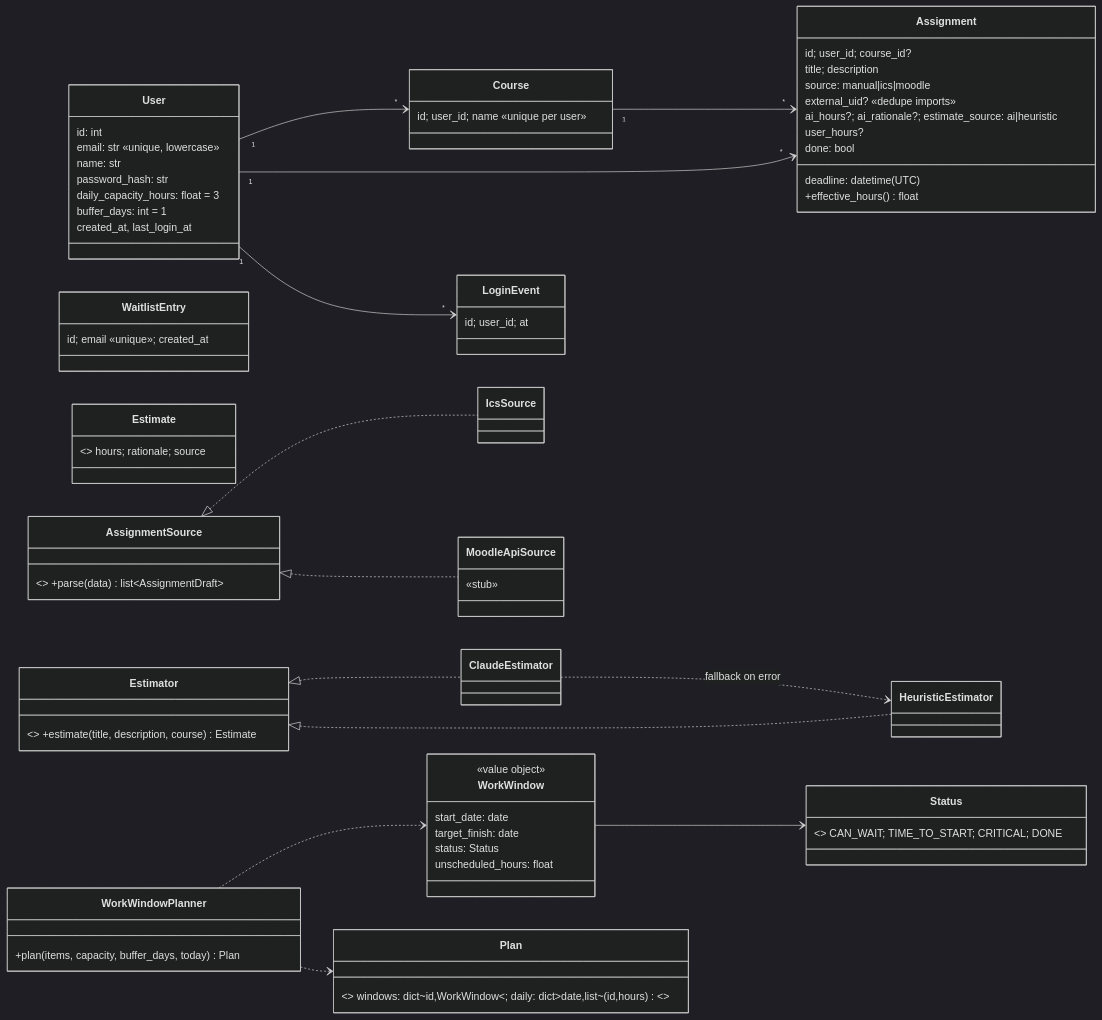
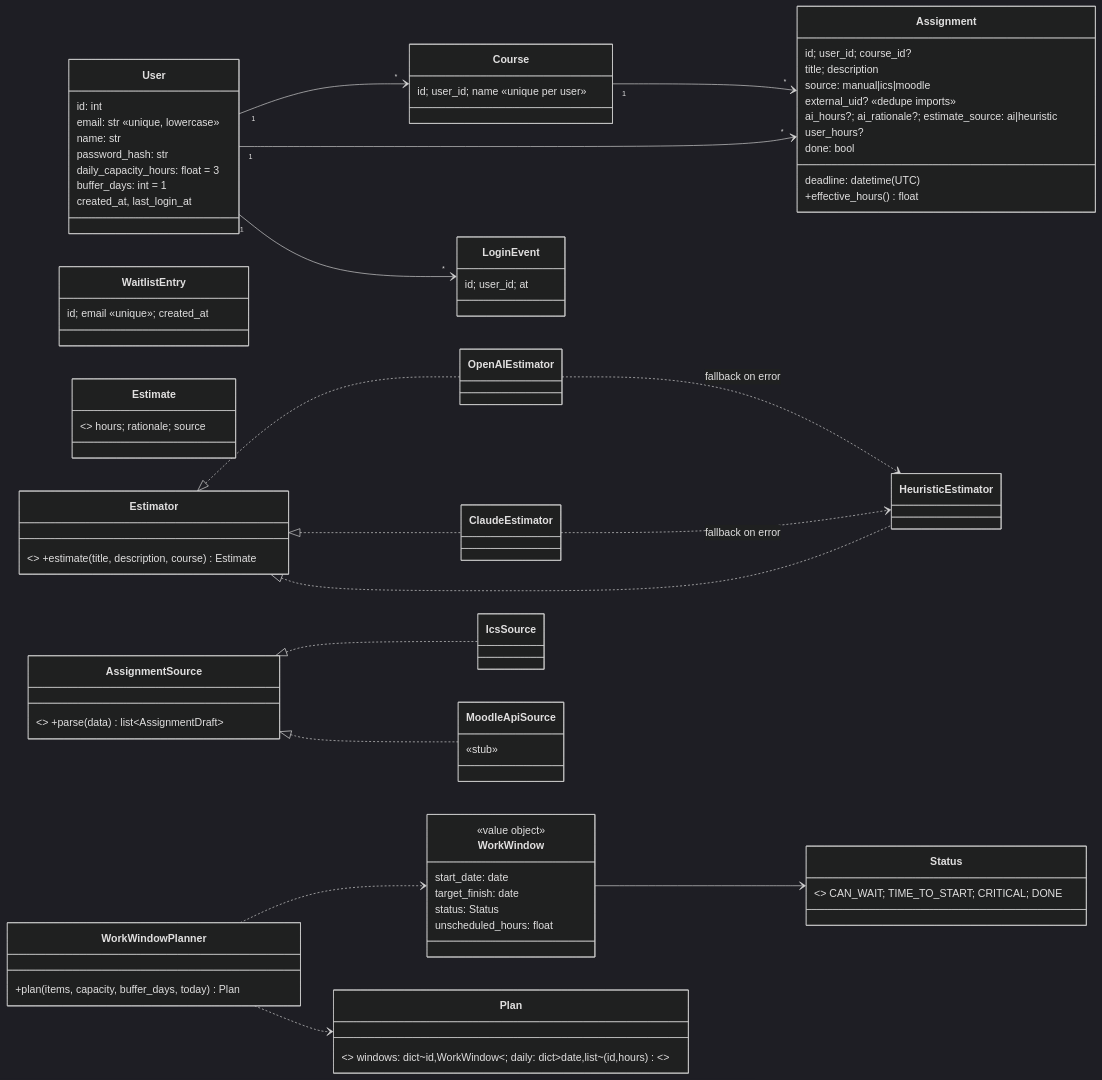
Before and after one commit to mr-amigo/AliveLine: the diagram in docs/PLAN.md, drawn with Mermaid (dark theme). The commit also changed other lines of this file and 4 other files, not shown here.

Commit message:
docs: complete phase 5 (OpenAI estimator live, Bedrock pending)

````diff
--- a/docs/PLAN.md
+++ b/docs/PLAN.md
@@ -35,59 +35,62 @@
 ```mermaid
 classDiagram
   direction LR
   class User {
     id: int
     email: str  «unique, lowercase»
     name: str
     password_hash: str
     daily_capacity_hours: float = 3
     buffer_days: int = 1
     created_at, last_login_at
   }
   class Course { id; user_id; name «unique per user» }
   class Assignment {
     id; user_id; course_id?
     title; description
     deadline: datetime (UTC)
     source: manual|ics|moodle
     external_uid?  «dedupe imports»
     ai_hours?; ai_rationale?; estimate_source: ai|heuristic
     user_hours?
     done: bool
     +effective_hours() float
   }
   class WaitlistEntry { id; email «unique»; created_at }
   class LoginEvent { id; user_id; at }
 
   class WorkWindow {
     <<value object>>
     start_date: date
     target_finish: date
     status: Status
     unscheduled_hours: float
   }
   class Status { <<enum>> CAN_WAIT; TIME_TO_START; CRITICAL; DONE }
   class Estimate { <<value object>> hours; rationale; source }
 
   class Estimator { <<interface>> +estimate(title, description, course) Estimate }
+  class OpenAIEstimator
   class ClaudeEstimator
   class HeuristicEstimator
   class AssignmentSource { <<interface>> +parse(data) list~AssignmentDraft~ }
   class IcsSource
   class MoodleApiSource { «stub» }
   class WorkWindowPlanner { +plan(items, capacity, buffer_days, today) Plan }
   class Plan { <<value object>> windows: dict~id,WorkWindow~; daily: dict~date,list~(id,hours)~~ }
 
   User "1" --> "*" Course
   User "1" --> "*" Assignment
   User "1" --> "*" LoginEvent
   Course "1" --> "*" Assignment
+  Estimator <|.. OpenAIEstimator
   Estimator <|.. ClaudeEstimator
+  OpenAIEstimator ..> HeuristicEstimator : fallback on error
   Estimator <|.. HeuristicEstimator
   ClaudeEstimator ..> HeuristicEstimator : fallback on error
   AssignmentSource <|.. IcsSource
   AssignmentSource <|.. MoodleApiSource
   WorkWindowPlanner ..> WorkWindow
   WorkWindowPlanner ..> Plan
   WorkWindow --> Status
 ```
````
